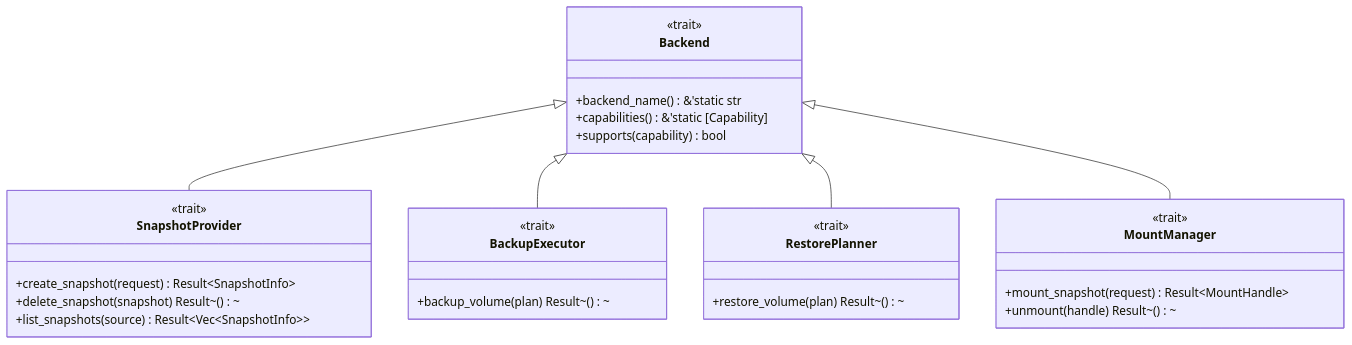
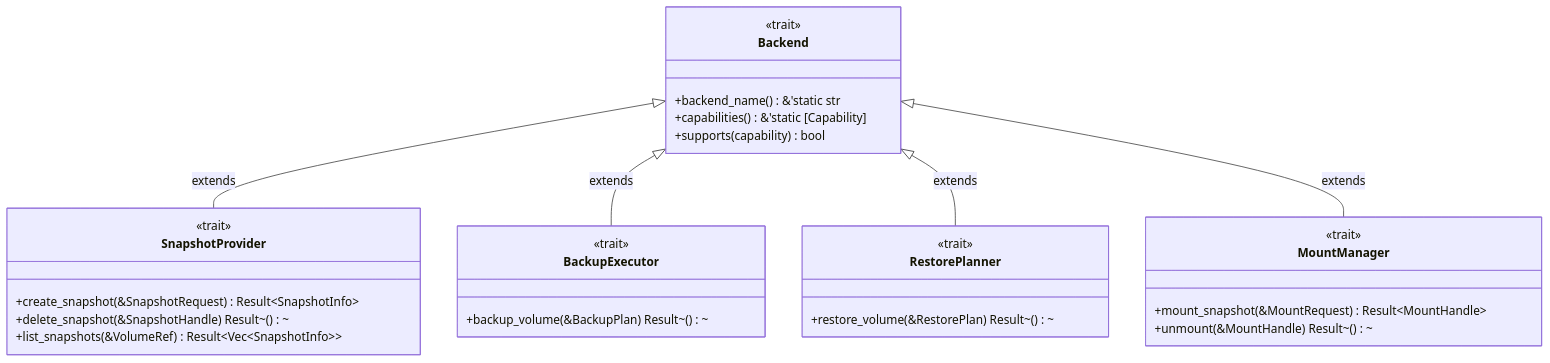
Before and after one commit to XUranus/vpt-rs: the second of 6 diagrams in wiki/docs/concepts/architecture.md, drawn with Mermaid. The commit also changed other lines of this file and 52 other files, not shown here.

First line of the commit message:
Enhance wiki: mermaid rendering, detailed content, i18n (zh-Hans)

````diff
--- a/wiki/docs/concepts/architecture.md
+++ b/wiki/docs/concepts/architecture.md
@@ -74,37 +112,37 @@
 ```mermaid
 classDiagram
     class Backend {
         <<trait>>
         +backend_name() &'static str
         +capabilities() &'static [Capability]
         +supports(capability) bool
     }
 
     class SnapshotProvider {
         <<trait>>
-        +create_snapshot(request) Result~SnapshotInfo~
-        +delete_snapshot(snapshot) Result~()~
-        +list_snapshots(source) Result~Vec~SnapshotInfo~~
+        +create_snapshot(&SnapshotRequest) Result~SnapshotInfo~
+        +delete_snapshot(&SnapshotHandle) Result~()~
+        +list_snapshots(&VolumeRef) Result~Vec~SnapshotInfo~~
     }
 
     class BackupExecutor {
         <<trait>>
-        +backup_volume(plan) Result~()~
+        +backup_volume(&BackupPlan) Result~()~
     }
 
     class RestorePlanner {
         <<trait>>
-        +restore_volume(plan) Result~()~
+        +restore_volume(&RestorePlan) Result~()~
     }
 
     class MountManager {
         <<trait>>
-        +mount_snapshot(request) Result~MountHandle~
-        +unmount(handle) Result~()~
+        +mount_snapshot(&MountRequest) Result~MountHandle~
+        +unmount(&MountHandle) Result~()~
     }
 
-    Backend <|-- SnapshotProvider
-    Backend <|-- BackupExecutor
-    Backend <|-- RestorePlanner
-    Backend <|-- MountManager
+    Backend <|-- SnapshotProvider : extends
+    Backend <|-- BackupExecutor : extends
+    Backend <|-- RestorePlanner : extends
+    Backend <|-- MountManager : extends
 ```
````
